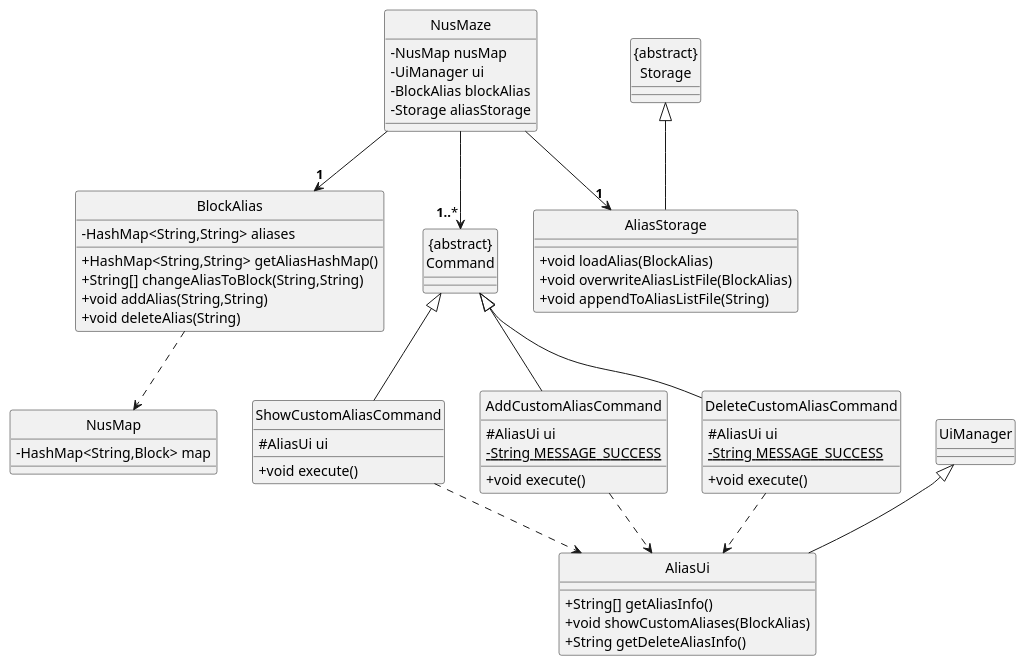
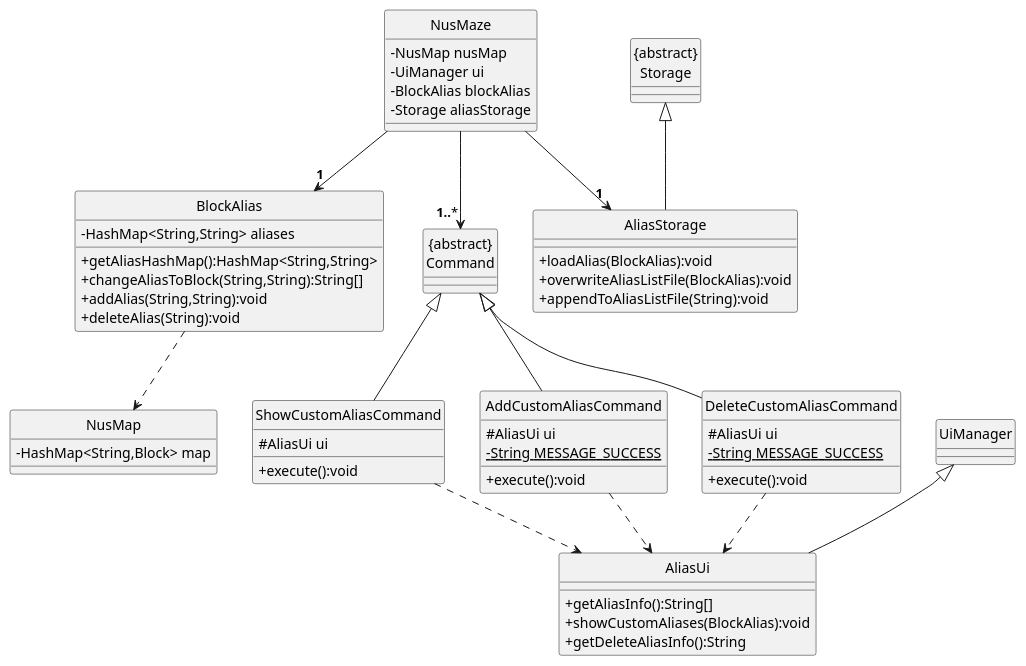
One commit to nus-cs2113-AY2021S2/tp changed the diagram in docs/puml/AliasFeature.puml. Above: the diagram before and after it, drawn with PlantUML. The commit also changed 4 other files, not shown here.

```diff
--- a/docs/puml/AliasFeature.puml
+++ b/docs/puml/AliasFeature.puml
@@ -1,64 +1,64 @@
 @startuml
 hide circle
 skinparam classAttributeIconSize 0
 
 class ShowCustomAliasCommand {
 # AliasUi ui
-+ void execute()
++ execute():void
 }
 class AddCustomAliasCommand {
 # AliasUi ui
 - {static} String MESSAGE_SUCCESS
-+ void execute()
++ execute():void
 }
 class BlockAlias {
 - HashMap<String,String> aliases
-+ HashMap<String,String> getAliasHashMap()
-+ String[] changeAliasToBlock(String,String)
-+ void addAlias(String,String)
-+ void deleteAlias(String)
++ getAliasHashMap():HashMap<String,String>
++ changeAliasToBlock(String,String):String[]
++ addAlias(String,String):void
++ deleteAlias(String):void
 }
 class NusMap {
 - HashMap<String,Block> map
 }
 class NusMaze {
 - NusMap nusMap
 - UiManager ui
 - BlockAlias blockAlias
 - Storage aliasStorage
 }
 class DeleteCustomAliasCommand {
 # AliasUi ui
 - {static} String MESSAGE_SUCCESS
-+ void execute()
++ execute():void
 }
 class AliasStorage {
-+ void loadAlias(BlockAlias)
-+ void overwriteAliasListFile(BlockAlias)
-+ void appendToAliasListFile(String)
++ loadAlias(BlockAlias):void
++ overwriteAliasListFile(BlockAlias):void
++ appendToAliasListFile(String):void
 }
 class AliasUi {
-+ String[] getAliasInfo()
-+ void showCustomAliases(BlockAlias)
-+ String getDeleteAliasInfo()
++ getAliasInfo():String[]
++ showCustomAliases(BlockAlias):void
++ getDeleteAliasInfo():String
 }
 
 
 "{abstract}\nCommand" <|-- ShowCustomAliasCommand
 "{abstract}\nCommand" <|-- AddCustomAliasCommand
 "{abstract}\nCommand" <|-- DeleteCustomAliasCommand
 "{abstract}\nStorage" <|-- AliasStorage
 UiManager <|-- AliasUi
 
 NusMaze --> "**1..***" "{abstract}\nCommand"
 
 DeleteCustomAliasCommand ..> AliasUi
 AddCustomAliasCommand ..> AliasUi
 ShowCustomAliasCommand ..> AliasUi
 
 NusMaze --> "**1**" BlockAlias
 NusMaze --> "**1**" AliasStorage
 
 BlockAlias ..> NusMap
 
 @enduml
```
